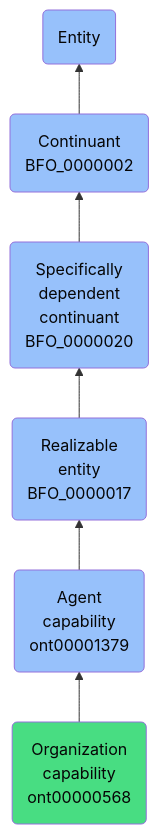
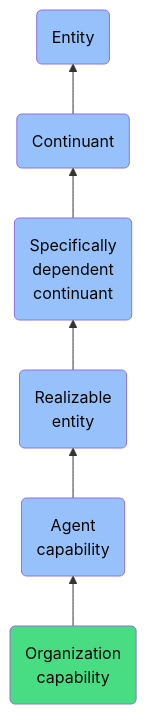
Before and after one commit to jupyter-naas/abi: the diagram in docs/ontology/reference/model/Entity/Continuant/Specifically dependent continuant/Realizable entity/Agent capability/Organization capability/Organization capability.md, drawn with Mermaid. The commit also changed other lines of this file and 1430 other files, not shown here.

````diff
--- a/docs/ontology/reference/model/Entity/Continuant/Specifically dependent continuant/Realizable entity/Agent capability/Organization capability/Organization capability.md
+++ b/docs/ontology/reference/model/Entity/Continuant/Specifically dependent continuant/Realizable entity/Agent capability/Organization capability/Organization capability.md
@@ -24,13 +24,13 @@
 ```mermaid
 graph BT
-    ont00000568(Organization<br>capability<br>ont00000568):::ABI-->ont00001379
-    ont00001379(Agent<br>capability<br>ont00001379):::BFO-->BFO_0000017
-    BFO_0000017(Realizable<br>entity<br>BFO_0000017):::BFO-->BFO_0000020
-    BFO_0000020(Specifically<br>dependent<br>continuant<br>BFO_0000020):::BFO-->BFO_0000002
-    BFO_0000002(Continuant<br>BFO_0000002):::BFO-->BFO_0000001
+    ont00000568(Organization<br>capability):::ABI-->ont00001379
+    ont00001379(Agent<br>capability):::BFO-->BFO_0000017
+    BFO_0000017(Realizable<br>entity):::BFO-->BFO_0000020
+    BFO_0000020(Specifically<br>dependent<br>continuant):::BFO-->BFO_0000002
+    BFO_0000002(Continuant):::BFO-->BFO_0000001
     BFO_0000001(Entity):::BFO
     
     classDef BFO fill:#97c1fb,color:#060606
     classDef CCO fill:#e4c51e,color:#060606
     classDef ABI fill:#48DD82,color:#060606
 ```
````
